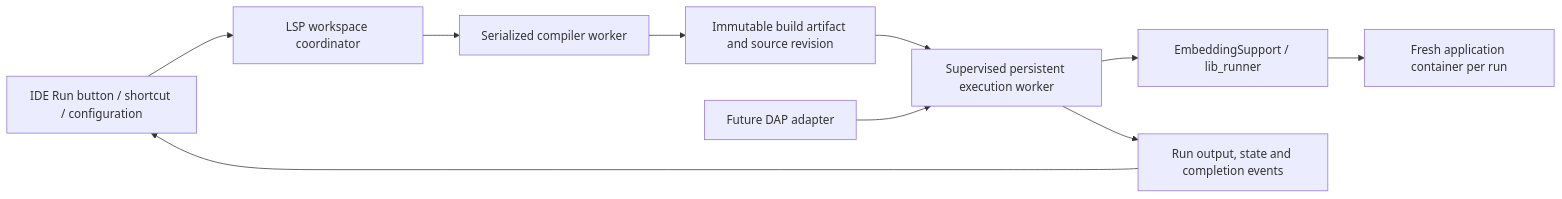
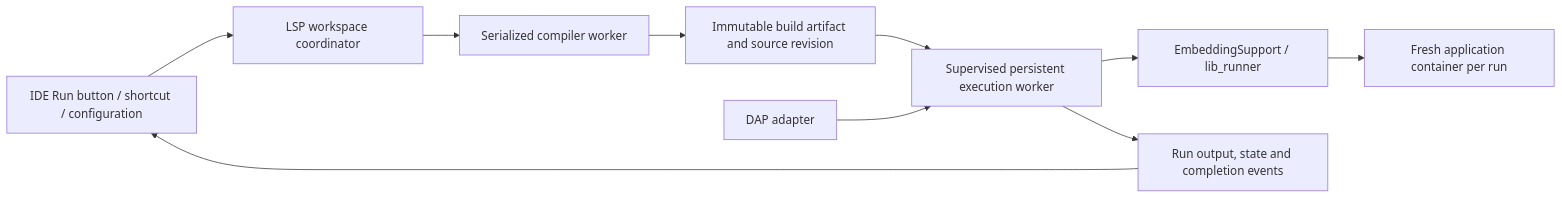
Before and after one commit to xtclang/xvm: the diagram in lang/doc/plans/plan-embedded-execution.md, drawn with Mermaid. The commit also changed other lines of this file and 14 other files, not shown here.

````diff
--- a/lang/doc/plans/plan-embedded-execution.md
+++ b/lang/doc/plans/plan-embedded-execution.md
@@ -62,12 +62,12 @@
 ```mermaid
 flowchart LR
     IDE[IDE Run button / shortcut / configuration] --> LSP[LSP workspace coordinator]
     LSP --> COMP[Serialized compiler worker]
     COMP --> BUILD[Immutable build artifact and source revision]
     BUILD --> EXEC[Supervised persistent execution worker]
     EXEC --> VM[EmbeddingSupport / lib_runner]
     VM --> APP[Fresh application container per run]
-    DAP[Future DAP adapter] --> EXEC
+    DAP[DAP adapter] --> EXEC
     EXEC --> EVENTS[Run output, state and completion events]
     EVENTS --> IDE
 ```
````
